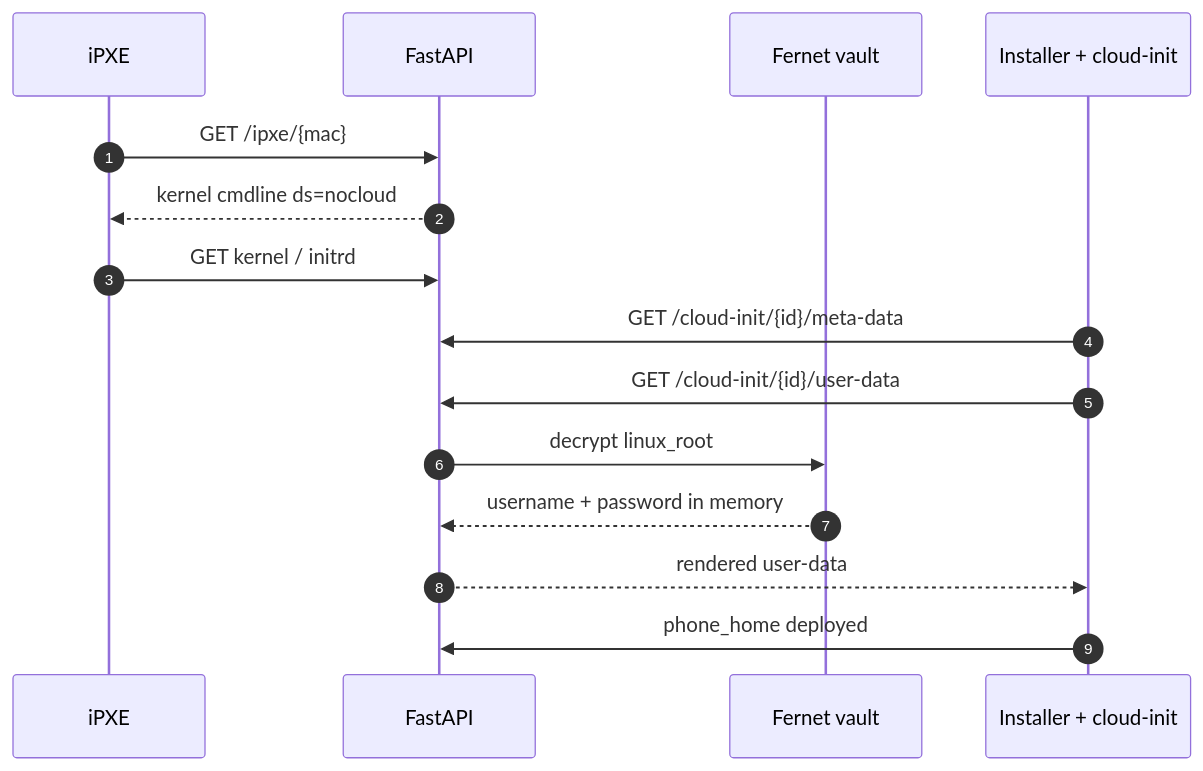
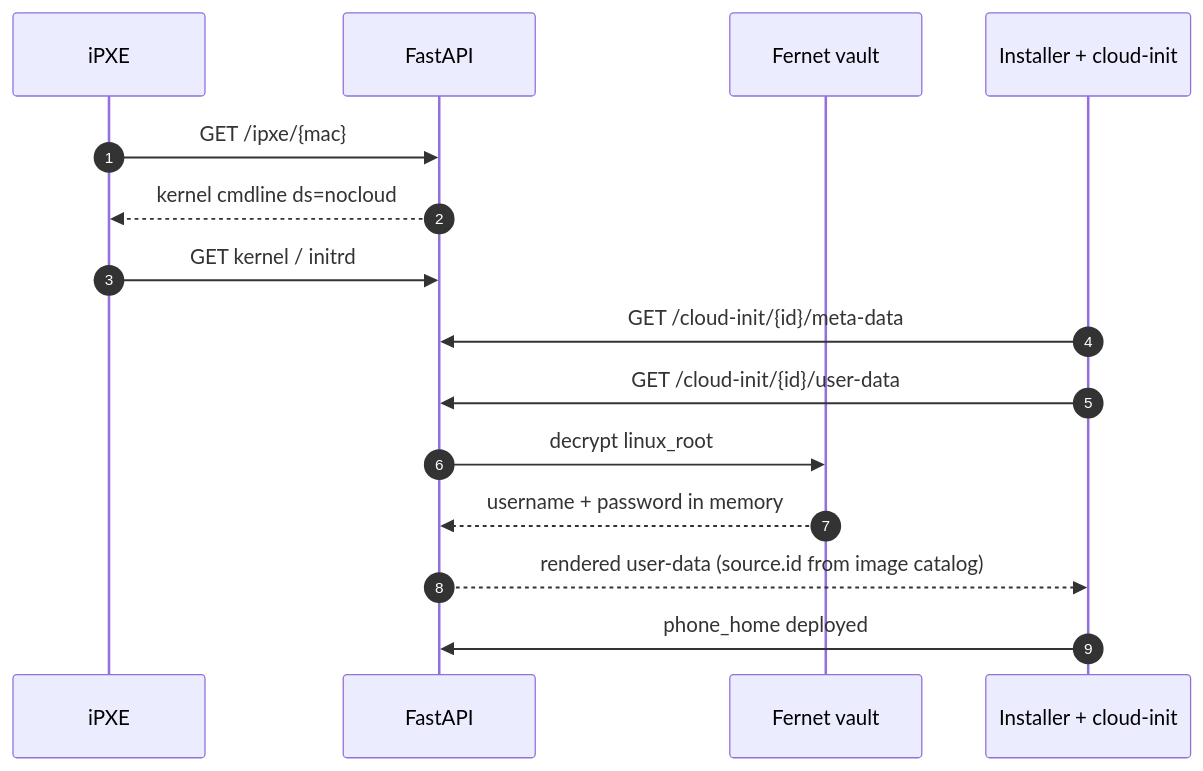
Before and after one commit to hometinker12/home-lab-pxe: the seventh of 24 diagrams in ARCHITECTURE.md, drawn with Mermaid. The commit also changed other lines of this file and 47 other files, not shown here.

````diff
--- a/ARCHITECTURE.md
+++ b/ARCHITECTURE.md
@@ -167,18 +167,18 @@
 ```mermaid
 sequenceDiagram
   autonumber
   participant IPXE as iPXE
   participant API as FastAPI
   participant Vault as Fernet vault
   participant OS as Installer + cloud-init
 
   IPXE->>API: GET /ipxe/{mac}
   API-->>IPXE: kernel cmdline ds=nocloud
   IPXE->>API: GET kernel / initrd
   OS->>API: GET /cloud-init/{id}/meta-data
   OS->>API: GET /cloud-init/{id}/user-data
   API->>Vault: decrypt linux_root
   Vault-->>API: username + password in memory
-  API-->>OS: rendered user-data
+  API-->>OS: rendered user-data (source.id from image catalog)
   OS->>API: phone_home deployed
 ```
````
